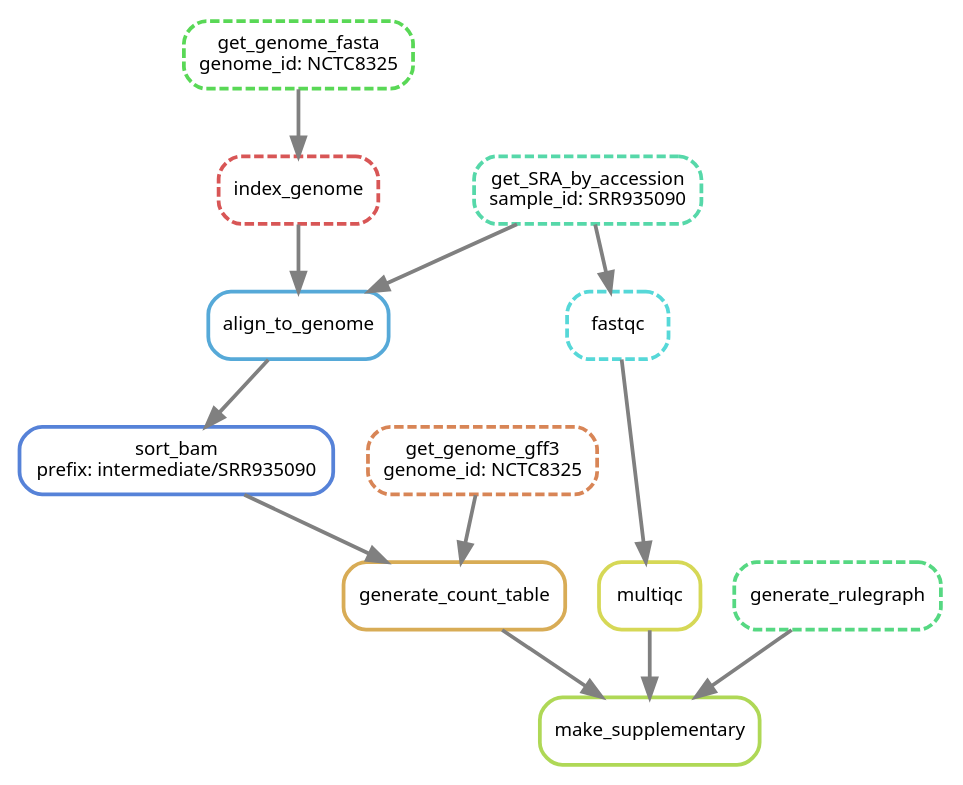
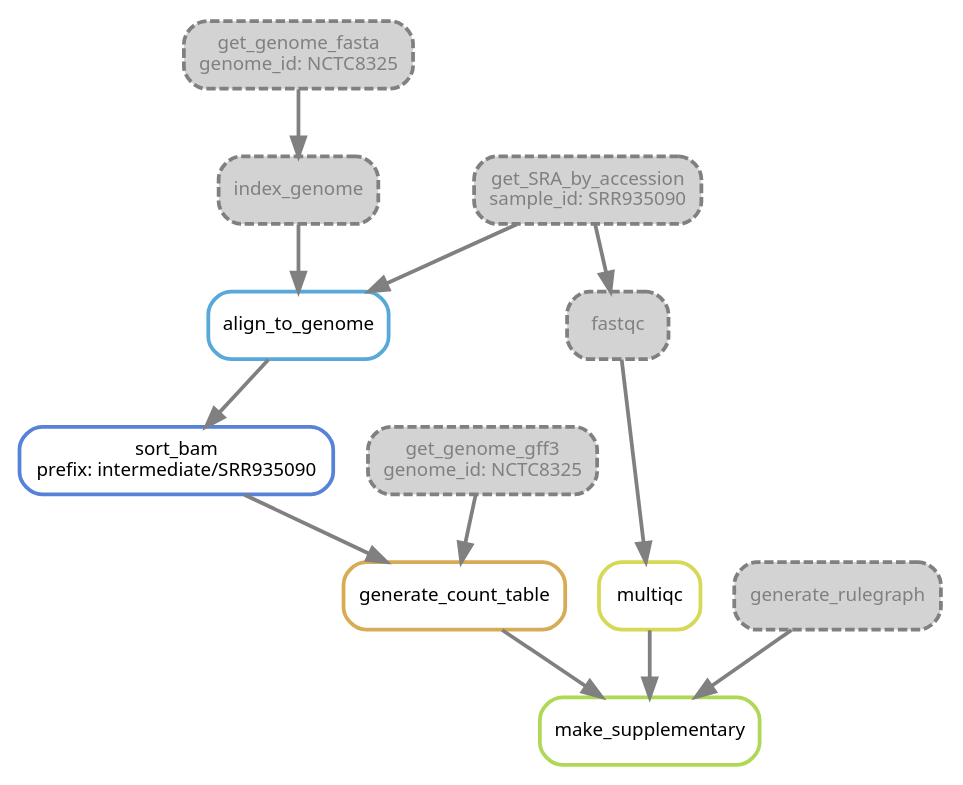
Diagram 11 of 11 in lectures/snakemake/snakemake.qmd (NBISweden/workshop-reproducible-research), drawn with Graphviz before and after one commit. The commit also changed other lines of this file, not shown here.

````diff
--- a/lectures/snakemake/snakemake.qmd
+++ b/lectures/snakemake/snakemake.qmd
@@ -689,29 +720,29 @@
 ``` {dot}
 digraph snakemake_dag {
     graph[bgcolor=white, margin=1];
     node[shape=box, style=rounded, fontname=sans,                 fontsize=10, penwidth=2];
     edge[penwidth=2, color=grey];
         0[label = "make_supplementary", color = "0.22 0.6 0.85", style="rounded"];
         1[label = "generate_count_table", color = "0.11 0.6 0.85", style="rounded"];
         2[label = "sort_bam\nprefix: intermediate/SRR935090", color = "0.61 0.6 0.85", style="rounded"];
         3[label = "align_to_genome", color = "0.56 0.6 0.85", style="rounded"];
-        4[label = "get_SRA_by_accession\nsample_id: SRR935090", color = "0.44 0.6 0.85", style="rounded,dashed"];
-        5[label = "index_genome", color = "0.00 0.6 0.85", style="rounded,dashed"];
-        6[label = "get_genome_fasta\ngenome_id: NCTC8325", color = "0.33 0.6 0.85", style="rounded,dashed"];
-        7[label = "get_genome_gff3\ngenome_id: NCTC8325", color = "0.06 0.6 0.85", style="rounded,dashed"];
+        4[label = "get_SRA_by_accession\nsample_id: SRR935090", fontcolor="grey", fillcolor="lightgrey", color = "grey", style="rounded,dashed,filled"];
+        5[label = "index_genome", color = "grey", fillcolor="lightgrey", fontcolor="grey", style="rounded,dashed,filled"];
+        6[label = "get_genome_fasta\ngenome_id: NCTC8325", color = "grey", fontcolor="grey", fillcolor="lightgrey", style="rounded,dashed,filled"];
+        7[label = "get_genome_gff3\ngenome_id: NCTC8325", color = "grey", fontcolor="grey", fillcolor="lightgrey", style="rounded,dashed,filled"];
         8[label = "multiqc", color = "0.17 0.6 0.85", style="rounded"];
-        9[label = "fastqc", color = "0.50 0.6 0.85", style="rounded,dashed"];
-        10[label = "generate_rulegraph", color = "0.39 0.6 0.85", style="rounded,dashed"];
+        9[label = "fastqc", color = "grey", fillcolor="lightgrey", fontcolor="grey", style="rounded,dashed,filled"];
+        10[label = "generate_rulegraph", background_color="black", fontcolor="grey", color = "grey", fillcolor="lightgrey", style="rounded,dashed,filled"];
         1 -> 0
         8 -> 0
         10 -> 0
         2 -> 1
         7 -> 1
         3 -> 2
         4 -> 3
         5 -> 3
         6 -> 5
         9 -> 8
         4 -> 9
 } 
 ```
````
